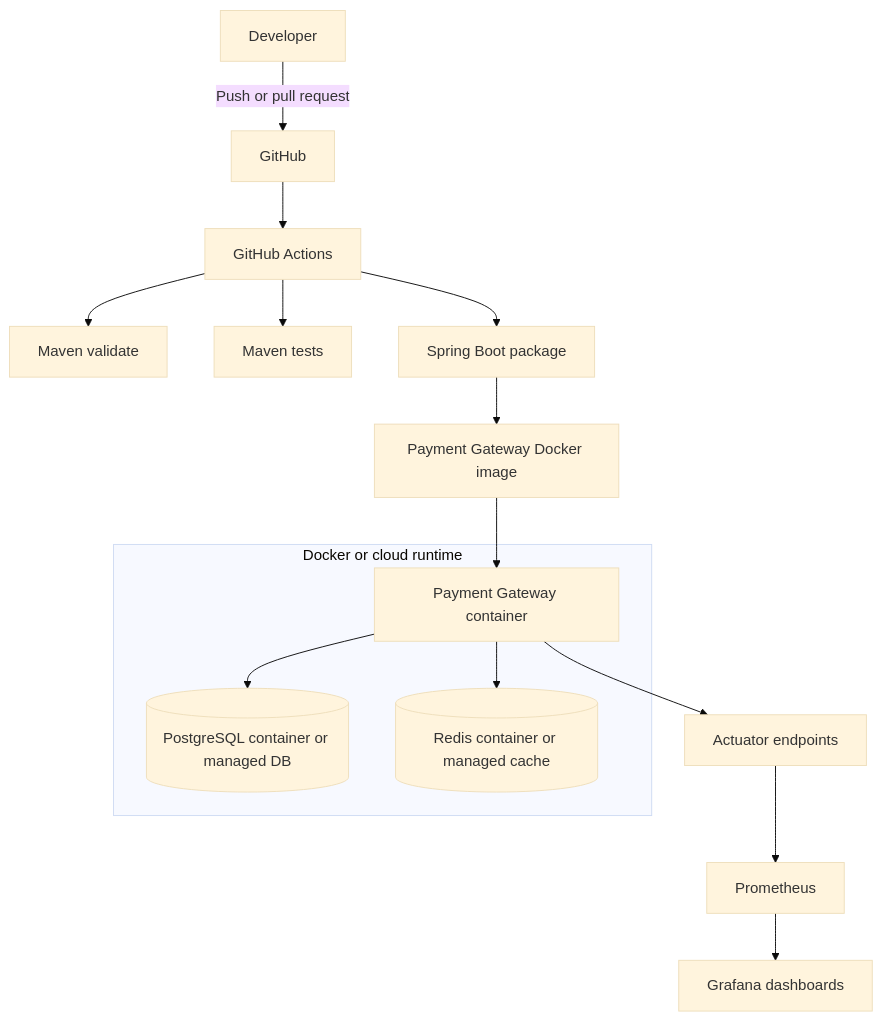
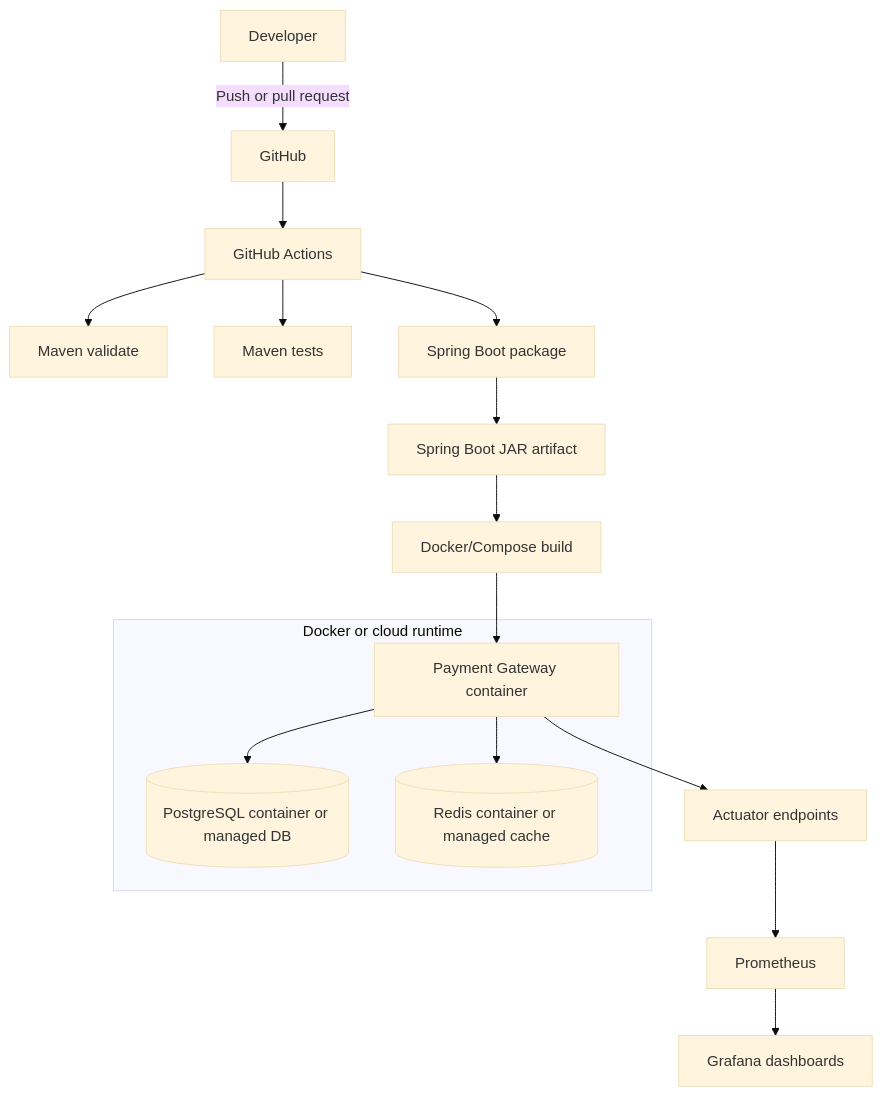
The sixth of 6 diagrams in README.md (NIHAL29SINGH/securepaymentprivategateway), drawn with Mermaid (base theme) before and after one commit. The commit also changed other lines of this file, not shown here.

Commit message:
Correct architecture documentation

````diff
--- a/README.md
+++ b/README.md
@@ -202,22 +202,23 @@
 ```mermaid
 flowchart TB
     developer[Developer] -->|Push or pull request| github[GitHub]
     github --> actions[GitHub Actions]
     actions --> validate[Maven validate]
     actions --> tests[Maven tests]
     actions --> package[Spring Boot package]
-    package --> image[Payment Gateway Docker image]
+    package --> artifact[Spring Boot JAR artifact]
 
     subgraph environment[Docker or cloud runtime]
         app[Payment Gateway container]
         postgres[(PostgreSQL container or managed DB)]
         redis[(Redis container or managed cache)]
     end
 
-    image --> app
+    docker[Docker/Compose build] --> app
+    artifact --> docker
     app --> postgres
     app --> redis
     app --> actuator[Actuator endpoints]
     actuator --> prometheus[Prometheus]
     prometheus --> grafana[Grafana dashboards]
 ```
````
